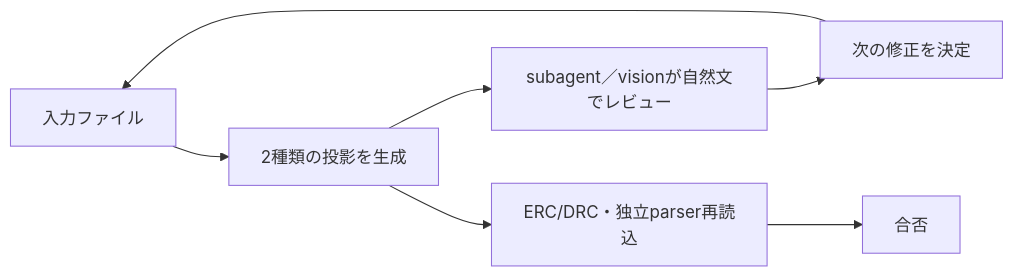
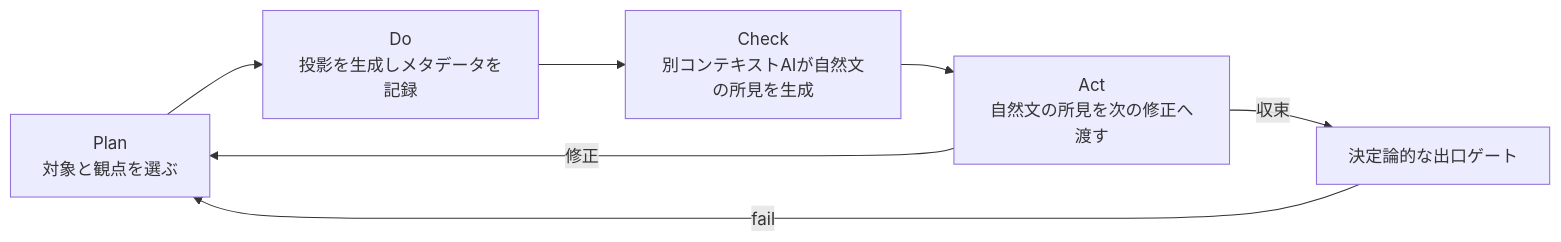
One commit to uist1idrju3i/acd-agent changed the diagram in docs/projection-review.md. Above: the diagram before and after it, drawn with Mermaid. The commit also changed other lines of this file and 28 other files, not shown here.

````diff
--- a/docs/projection-review.md
+++ b/docs/projection-review.md
@@ -33,9 +54,9 @@
 ```mermaid
 flowchart LR
-    I["入力ファイル"] --> P["2種類の投影を生成"]
-    P --> R["subagent／visionが自然文でレビュー"]
-    R --> C["次の修正を決定"]
-    C --> I
-    P --> G["ERC/DRC・独立parser再読込"]
-    G --> O["合否"]
+    P["Plan<br/>対象と観点を選ぶ"] --> D["Do<br/>投影を生成しメタデータを記録"]
+    D --> C["Check<br/>別コンテキストAIが自然文の所見を生成"]
+    C --> A["Act<br/>自然文の所見を次の修正へ渡す"]
+    A -->|修正| P
+    A -->|収束| G["決定論的な出口ゲート"]
+    G -->|fail| P
 ```
````
